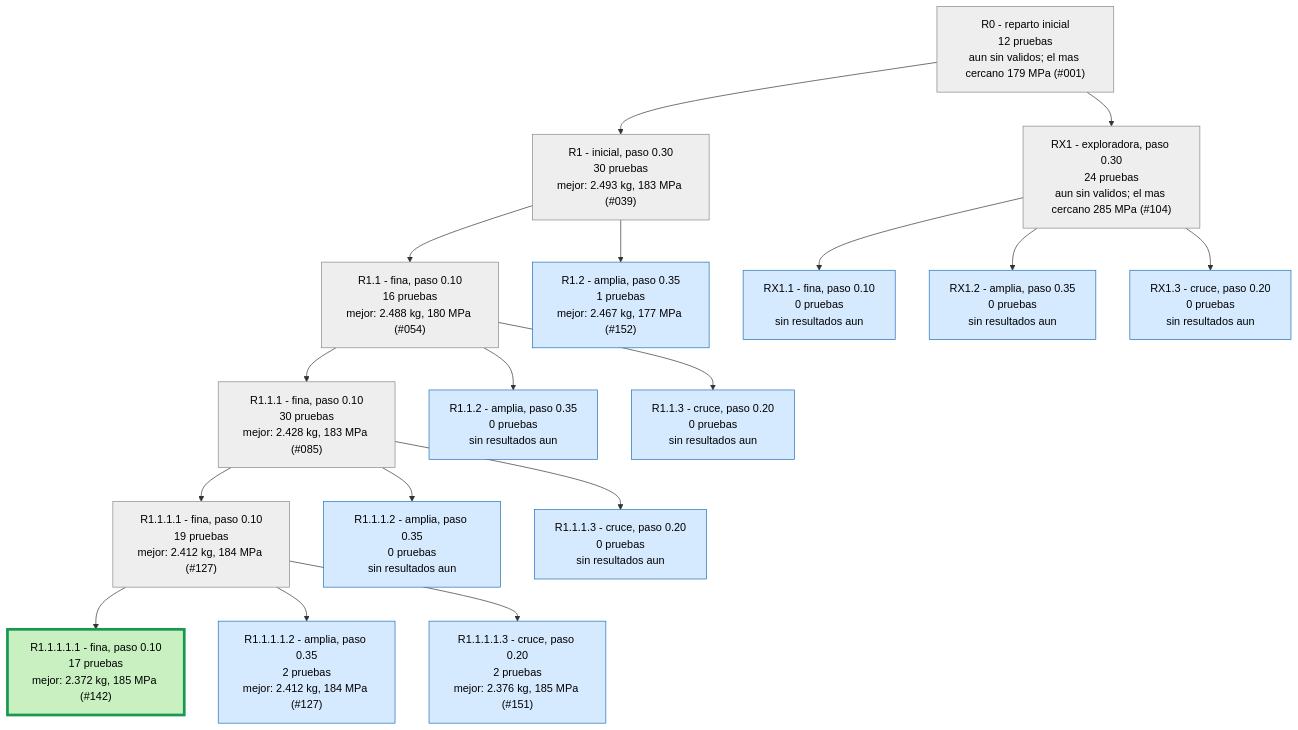
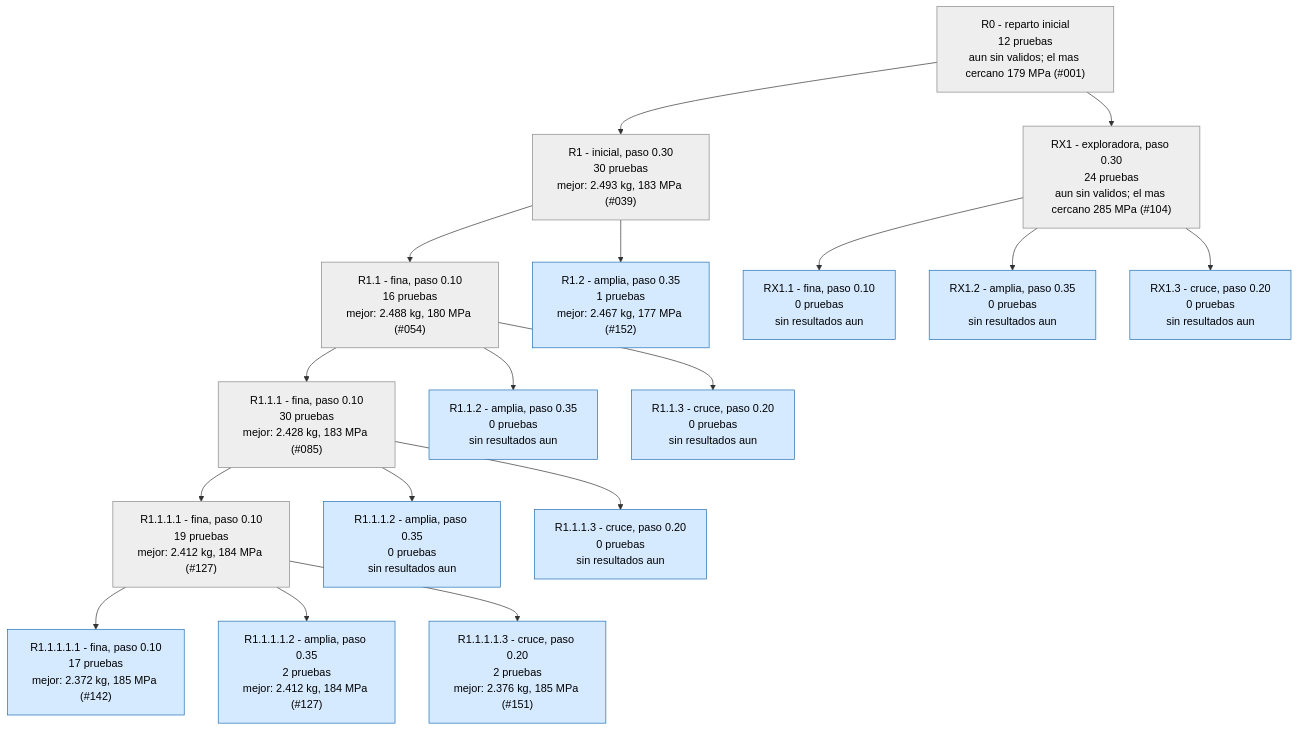
One commit to Hugiko/msd-soporte-optimizacion changed the first of 3 diagrams in runs/opt_37800N/ARBOL.md. Above: the diagram before and after it, drawn with Mermaid. The commit also changed 19 other files, not shown here.

````diff
--- a/runs/opt_37800N/ARBOL.md
+++ b/runs/opt_37800N/ARBOL.md
@@ -9,39 +9,39 @@
 ```mermaid
 graph TD
 classDef activa fill:#d6eaff,stroke:#1f6fb5,color:#000
 classDef fin fill:#eeeeee,stroke:#888,color:#000
 classDef mejor fill:#c8f0c0,stroke:#1a9850,stroke-width:4px,color:#000
 R0["R0 - reparto inicial<br/>12 pruebas<br/>aun sin validos; el mas cercano 179 MPa (#001)"]:::fin
 R1["R1 - inicial, paso 0.30<br/>30 pruebas<br/>mejor: 2.493 kg, 183 MPa (#039)"]:::fin
 R0 --> R1
 R1_1["R1.1 - fina, paso 0.10<br/>16 pruebas<br/>mejor: 2.488 kg, 180 MPa (#054)"]:::fin
 R1 --> R1_1
 R1_2["R1.2 - amplia, paso 0.35<br/>1 pruebas<br/>mejor: 2.467 kg, 177 MPa (#152)"]:::activa
 R1 --> R1_2
 R1_1_1["R1.1.1 - fina, paso 0.10<br/>30 pruebas<br/>mejor: 2.428 kg, 183 MPa (#085)"]:::fin
 R1_1 --> R1_1_1
 R1_1_2["R1.1.2 - amplia, paso 0.35<br/>0 pruebas<br/>sin resultados aun"]:::activa
 R1_1 --> R1_1_2
 R1_1_3["R1.1.3 - cruce, paso 0.20<br/>0 pruebas<br/>sin resultados aun"]:::activa
 R1_1 --> R1_1_3
 R1_1_1_1["R1.1.1.1 - fina, paso 0.10<br/>19 pruebas<br/>mejor: 2.412 kg, 184 MPa (#127)"]:::fin
 R1_1_1 --> R1_1_1_1
 R1_1_1_2["R1.1.1.2 - amplia, paso 0.35<br/>0 pruebas<br/>sin resultados aun"]:::activa
 R1_1_1 --> R1_1_1_2
 R1_1_1_3["R1.1.1.3 - cruce, paso 0.20<br/>0 pruebas<br/>sin resultados aun"]:::activa
 R1_1_1 --> R1_1_1_3
 RX1["RX1 - exploradora, paso 0.30<br/>24 pruebas<br/>aun sin validos; el mas cercano 285 MPa (#104)"]:::fin
 R0 --> RX1
 RX1_1["RX1.1 - fina, paso 0.10<br/>0 pruebas<br/>sin resultados aun"]:::activa
 RX1 --> RX1_1
 RX1_2["RX1.2 - amplia, paso 0.35<br/>0 pruebas<br/>sin resultados aun"]:::activa
 RX1 --> RX1_2
 RX1_3["RX1.3 - cruce, paso 0.20<br/>0 pruebas<br/>sin resultados aun"]:::activa
 RX1 --> RX1_3
-R1_1_1_1_1["R1.1.1.1.1 - fina, paso 0.10<br/>17 pruebas<br/>mejor: 2.372 kg, 185 MPa (#142)"]:::mejor
+R1_1_1_1_1["R1.1.1.1.1 - fina, paso 0.10<br/>17 pruebas<br/>mejor: 2.372 kg, 185 MPa (#142)"]:::activa
 R1_1_1_1 --> R1_1_1_1_1
 R1_1_1_1_2["R1.1.1.1.2 - amplia, paso 0.35<br/>2 pruebas<br/>mejor: 2.412 kg, 184 MPa (#127)"]:::activa
 R1_1_1_1 --> R1_1_1_1_2
 R1_1_1_1_3["R1.1.1.1.3 - cruce, paso 0.20<br/>2 pruebas<br/>mejor: 2.376 kg, 185 MPa (#151)"]:::activa
 R1_1_1_1 --> R1_1_1_1_3
 ```
````
